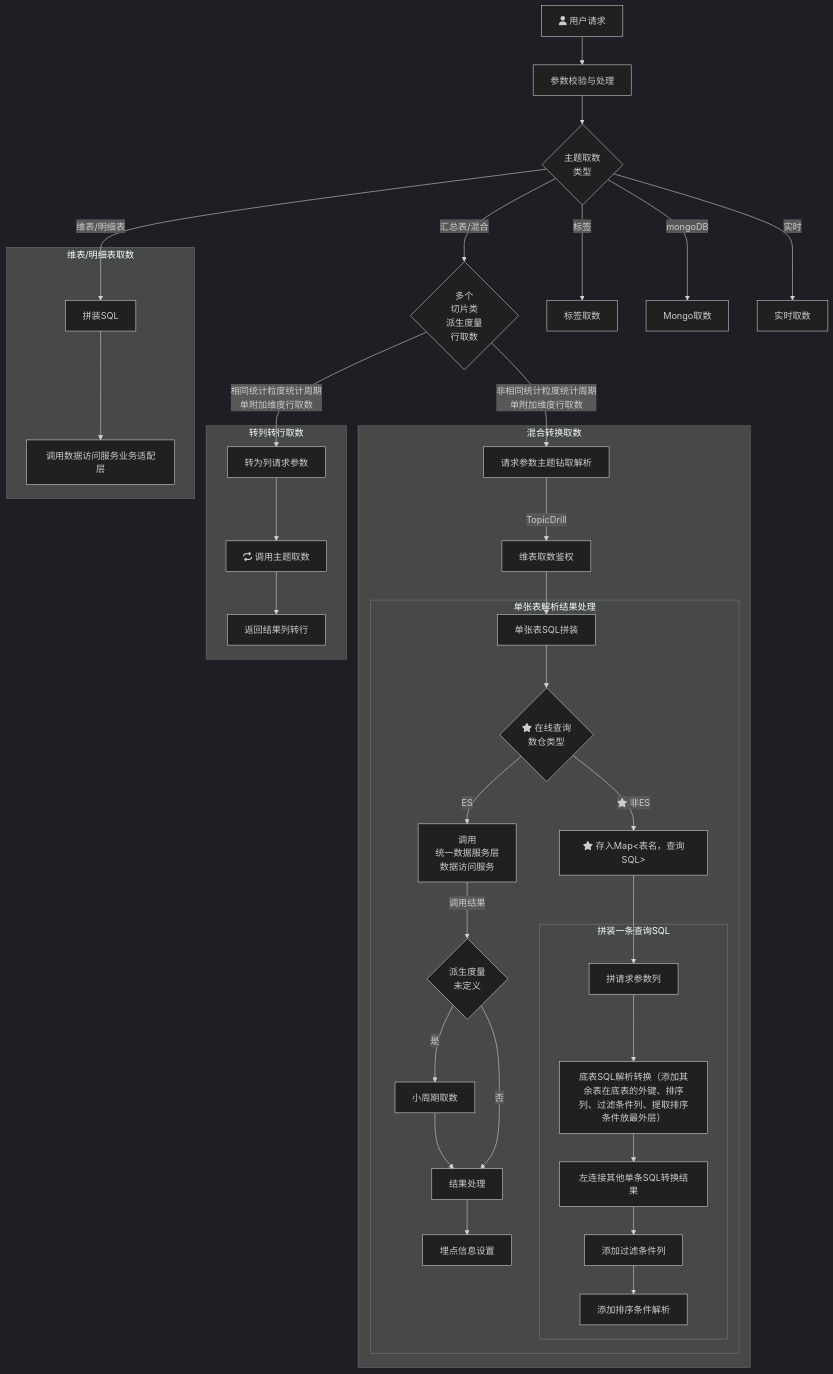
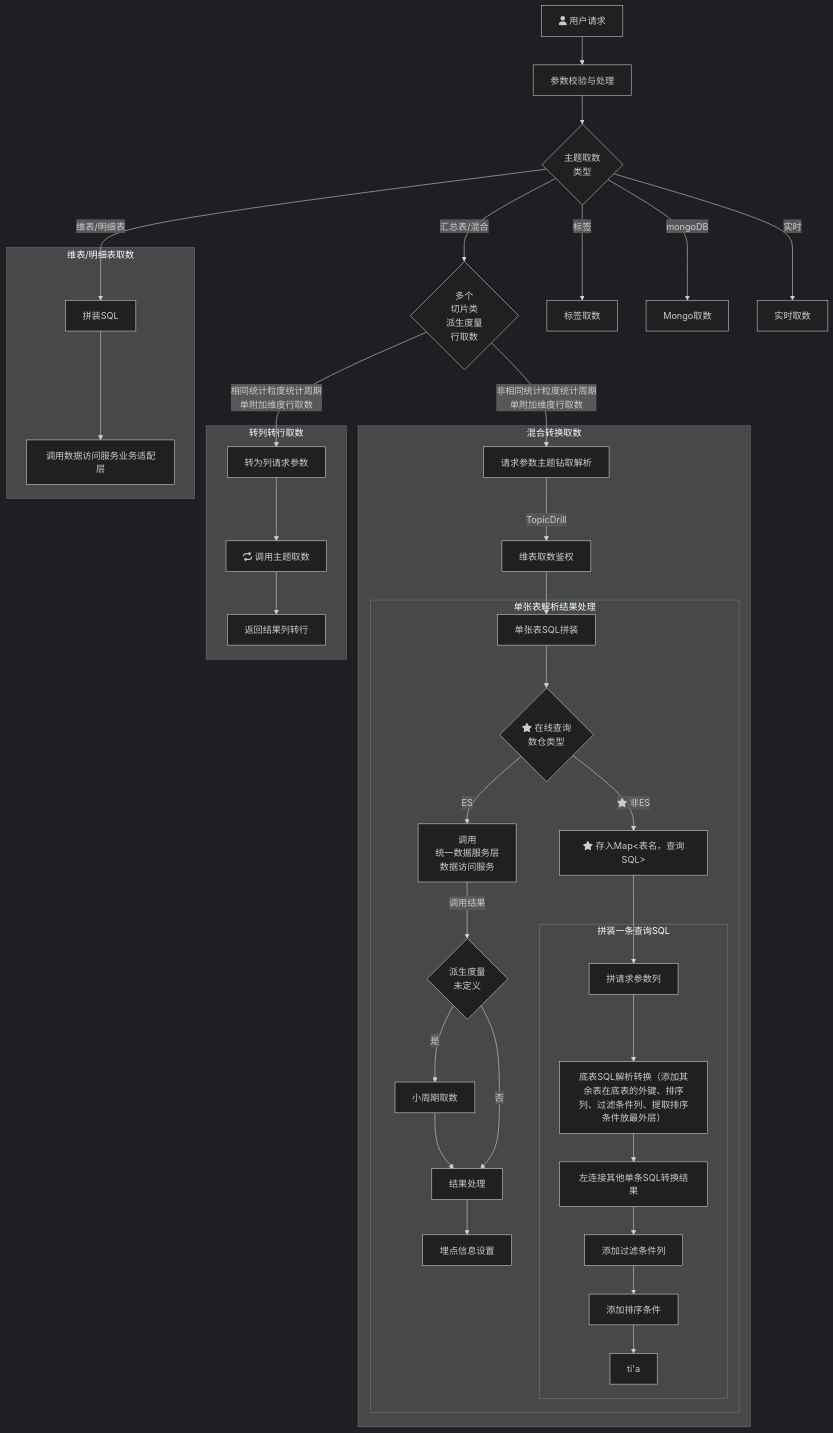
One commit to yanglosm/iodraw-files changed the diagram in all/未命名.md. Above: the diagram before and after it, drawn with Mermaid (dark theme).

Commit message:
2024-11-29 19:40:10 update

````diff
--- a/all/未命名.md
+++ b/all/未命名.md
@@ -1,30 +1,30 @@
 ```mermaid
 flowchart TD
     A[fa:fa-user 用户请求] -->A1[参数校验与处理] --> B{主题取数\n类型}
     B -->|维表/明细表| D[拼装SQL]
     B -->|汇总表/混合| E{多个\n切片类\n派生度量\n行取数}
     B -->|标签| F[标签取数]
     B -->|mongoDB| G[Mongo取数]
     B -->|实时| H[实时取数]
     E -->|相同统计粒度统计周期\n单附加维度行取数| E1[转为列请求参数]
     E -->|非相同统计粒度统计周期\n单附加维度行取数| T1[请求参数主题钻取解析]
     subgraph 维表/明细表取数
     D-->D1[调用数据访问服务业务适配层]
     end
     subgraph 转列转行取数
     E1-->E11[fa:fa-repeat 调用主题取数]-->E12[返回结果列转行]
     end
     subgraph 混合转换取数
     T1-->|TopicDrill| T2[维表取数鉴权] --> T31[单张表SQL拼装]
         subgraph 单张表解析结果处理
         T31 --> T4{fa:fa-star 在线查询\n数仓类型}-->|ES|T32[调用\n统一数据服务层\n数据访问服务] --> |调用结果|T33{派生度量\n未定义}
         T33 --> |是|T33_1[小周期取数]-->T34[结果处理]-->T35[埋点信息设置]
         T33 --> |否|T34
         T4 --> |fa:fa-star 非ES|T41["fa:fa-star 存入Map<表名，查询SQL>"]
         T41 --> T42[拼请求参数列]
             subgraph 拼装一条查询SQL
-            T42 --> M1[底表SQL解析转换（添加其余表在底表的外键、排序列、过滤条件列、提取排序条件放最外层）] --> M2[左连接其他单条SQL转换结果] --> 添加过滤条件列 --> 添加排序条件解析
+            T42 --> M1[底表SQL解析转换（添加其余表在底表的外键、排序列、过滤条件列、提取排序条件放最外层）] --> M2[左连接其他单条SQL转换结果] --> 添加过滤条件列 --> 添加排序条件 --> ti'a
             end
         end
     end
 ```
````
